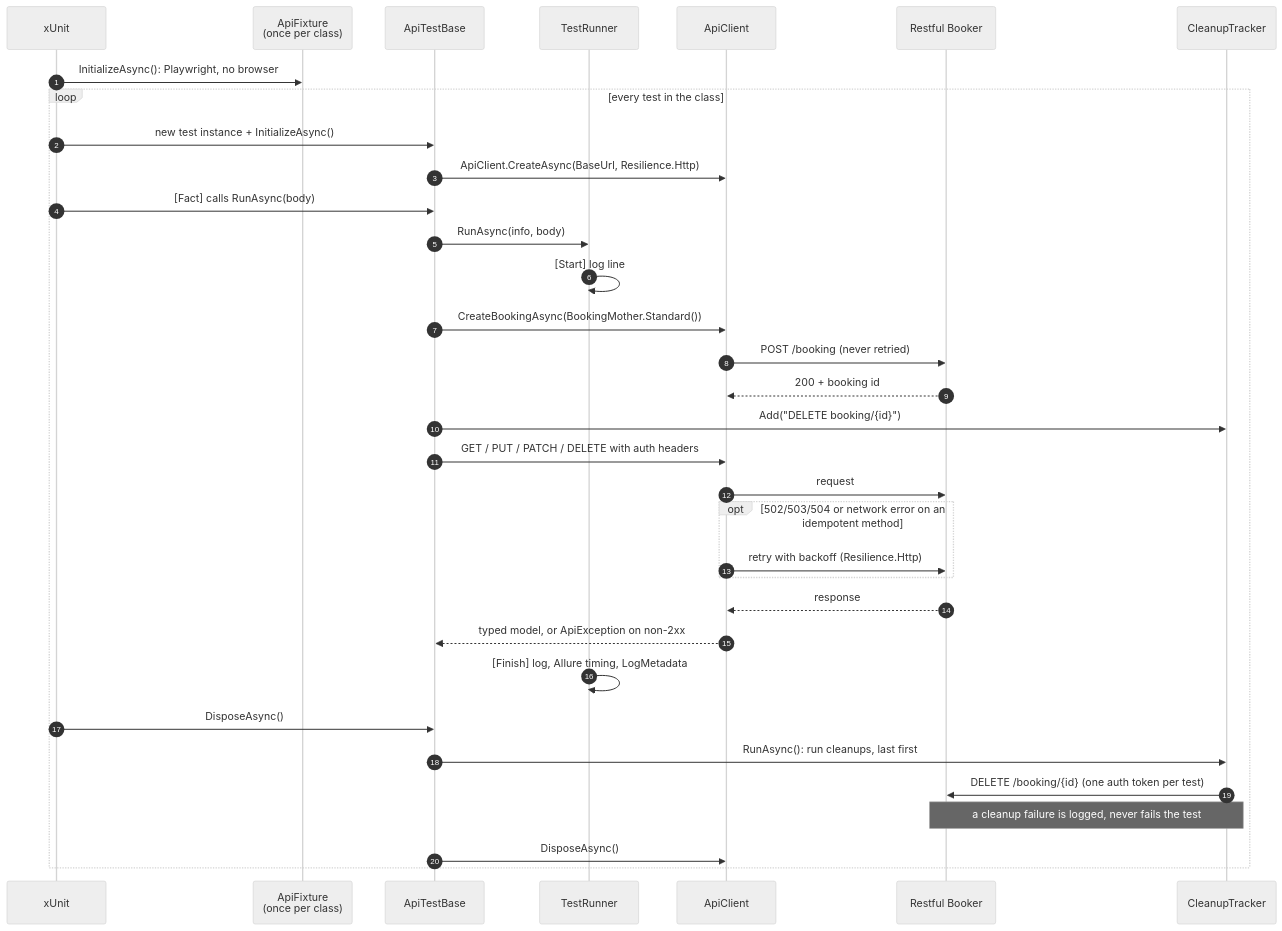
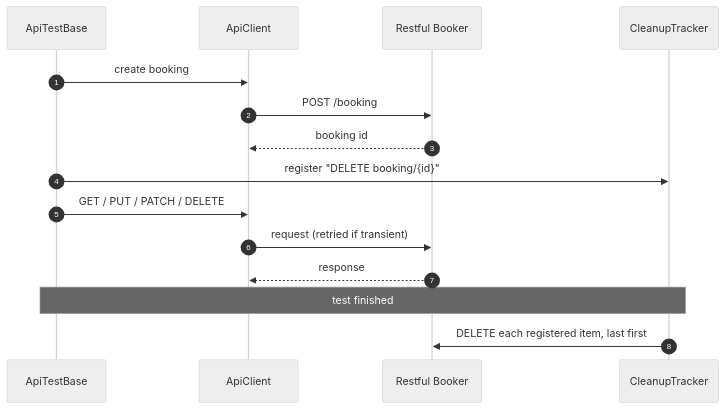
The third of 6 diagrams in docs/DIAGRAMS.md (ravs788/complete-test-automation-fmw), drawn with Mermaid (neutral theme) before and after one commit. The commit also changed other lines of this file and 1 other file, not shown here.

First line of the commit message:
docs: simplify the Mermaid diagrams for readability

````diff
--- a/docs/DIAGRAMS.md
+++ b/docs/DIAGRAMS.md
@@ -114,38 +92,18 @@
 ```mermaid
 sequenceDiagram
     autonumber
-    participant X as xUnit
-    participant AF as ApiFixture<br/>(once per class)
-    participant AB as ApiTestBase
-    participant R as TestRunner
+    participant B as ApiTestBase
     participant C as ApiClient
     participant API as Restful Booker
     participant CT as CleanupTracker
 
-    X->>AF: InitializeAsync(): Playwright, no browser
-
-    loop every test in the class
-        X->>AB: new test instance + InitializeAsync()
-        AB->>C: ApiClient.CreateAsync(BaseUrl, Resilience.Http)
-        X->>AB: [Fact] calls RunAsync(body)
-        AB->>R: RunAsync(info, body)
-        R->>R: [Start] log line
-        AB->>C: CreateBookingAsync(BookingMother.Standard())
-        C->>API: POST /booking (never retried)
-        API-->>C: 200 + booking id
-        AB->>CT: Add("DELETE booking/{id}")
-        AB->>C: GET / PUT / PATCH / DELETE with auth headers
-        C->>API: request
-        opt 502/503/504 or network error on an idempotent method
-            C->>API: retry with backoff (Resilience.Http)
-        end
-        API-->>C: response
-        C-->>AB: typed model, or ApiException on non-2xx
-        R->>R: [Finish] log, Allure timing, LogMetadata
-        X->>AB: DisposeAsync()
-        AB->>CT: RunAsync(): run cleanups, last first
-        CT->>API: DELETE /booking/{id} (one auth token per test)
-        Note over CT,API: a cleanup failure is logged, never fails the test
-        AB->>C: DisposeAsync()
-    end
+    B->>C: create booking
+    C->>API: POST /booking
+    API-->>C: booking id
+    B->>CT: register "DELETE booking/{id}"
+    B->>C: GET / PUT / PATCH / DELETE
+    C->>API: request (retried if transient)
+    API-->>C: response
+    Note over B,CT: test finished
+    CT->>API: DELETE each registered item, last first
 ```
````
